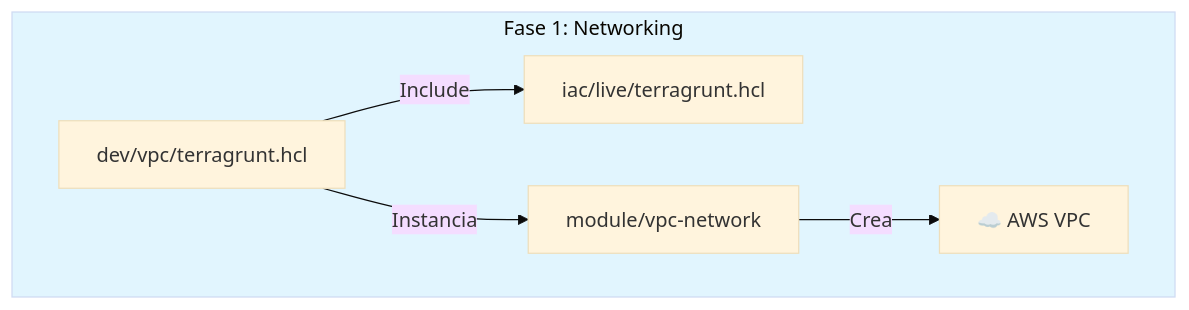
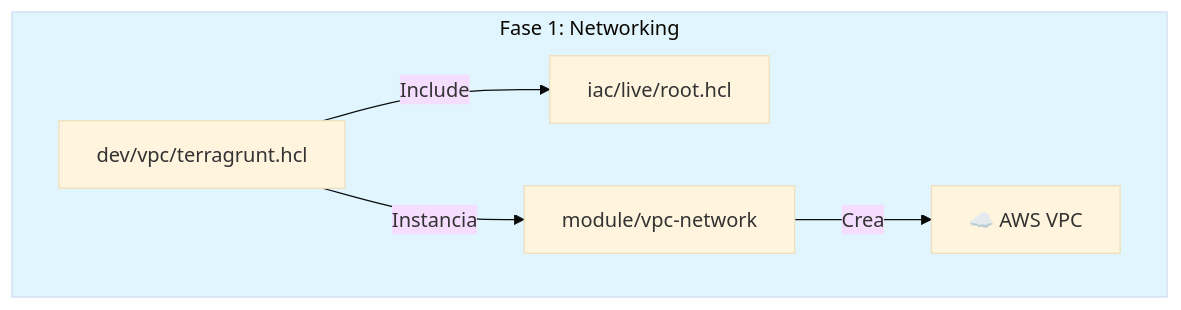
One commit to jgaragorry/aws-eks-enterprise-gitops changed the second of 3 diagrams in FILES_DOCUMENTATION.md. Above: the diagram before and after it, drawn with Mermaid (base theme). The commit also changed other lines of this file and 6 other files, not shown here.

````diff
--- a/FILES_DOCUMENTATION.md
+++ b/FILES_DOCUMENTATION.md
@@ -45,11 +45,11 @@
 ```mermaid
 graph TD
-    RootHCL[iac/live/terragrunt.hcl]
+    RootHCL[iac/live/root.hcl]
     
     subgraph Phase1_Network [Fase 1: Networking]
         style Phase1_Network fill:#e1f5fe
         VPC_HCL[dev/vpc/terragrunt.hcl] -->|Include| RootHCL
         VPC_HCL -->|Instancia| VPC_Mod[module/vpc-network]
         VPC_Mod -->|Crea| AWS_VPC[☁️ AWS VPC]
     end
 ```
````
